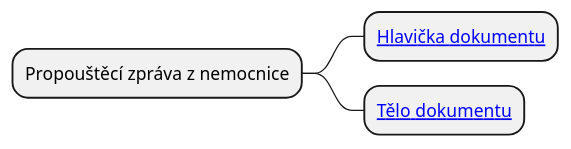
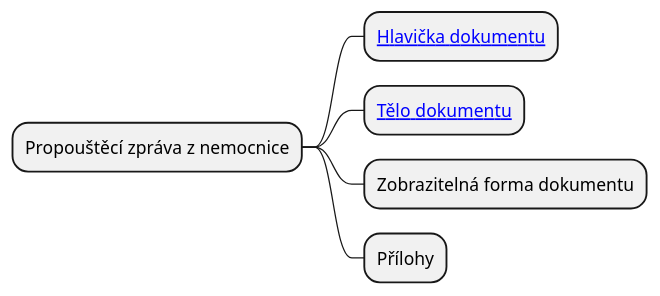
One commit to HonzaNecas/hdr-cz changed the diagram in input/images-source/hdr-mindmap-cs.plantuml. Above: the diagram before and after it, drawn with PlantUML. The commit also changed 27 other files, not shown here.

```diff
--- a/input/images-source/hdr-mindmap-cs.plantuml
+++ b/input/images-source/hdr-mindmap-cs.plantuml
@@ -1,5 +1,7 @@
 @startmindmap
 * Propouštěcí zpráva z nemocnice
 ** [[#header Hlavička dokumentu]]
 ** [[#body Tělo dokumentu]]
+** Zobrazitelná forma dokumentu
+** Přílohy
 @endmindmap
```
